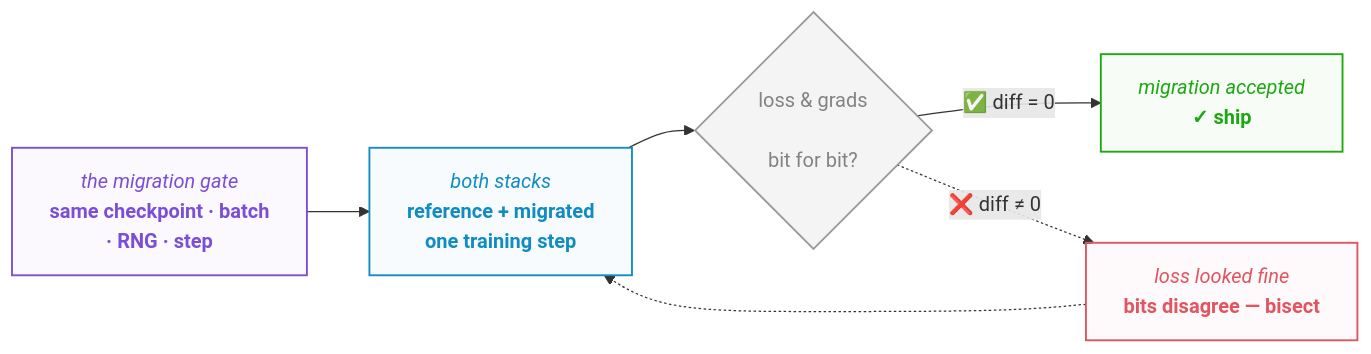
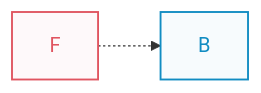
Before and after one commit to saforem2/samf.sh: the third of 8 diagrams in web/src/pages/talks/2026/11/20/index.mdx, drawn with Mermaid. The commit also changed other lines of this file and 2 other files, not shown here.

First line of the commit message:
slides: fold 20B loss zoom into slide 4 as a real inset chart; recolor production loss series

````diff
--- a/web/src/pages/talks/2026/11/20/index.mdx
+++ b/web/src/pages/talks/2026/11/20/index.mdx
@@ -221,18 +210,15 @@
 ```mermaid
 flowchart LR
-    A["<i>the migration gate</i><br/><span style='font-weight:700'>same checkpoint · batch<br/>· RNG · step</span>"] --> B["<i>both stacks</i><br/><span style='font-weight:700'>reference + migrated<br/>one training step</span>"] --> D{"loss & grads<br/><br/>bit for bit?"}
-    D -->|✅ diff = 0| C["<i>migration accepted</i><br/><span style='font-weight:700'>✓ ship</span>"]
-    D -.->|❌ diff ≠ 0| F["<i>loss looked fine</i><br/><span style='font-weight:700'>bits disagree — bisect</span>"]
     F -.-> B
 
     classDef source fill:#7c4ed508,stroke:#7c4ed5,color:#7c4ed5,stroke-width:1.5px
     classDef stage  fill:#118cc208,stroke:#118cc2,color:#118cc2,stroke-width:1.5px
     classDef ship   fill:#1da81108,stroke:#1da811,color:#1da811,stroke-width:1.5px
     classDef gate   fill:#8a8a8a18,stroke:#9a9a9a,color:#838383,stroke-width:1.5px
     classDef bad    fill:#e0556008,stroke:#e05560,color:#e05560,stroke-width:1.5px
     class A source
     class B stage
     class D gate
     class C ship
     class F bad
 ```
````
